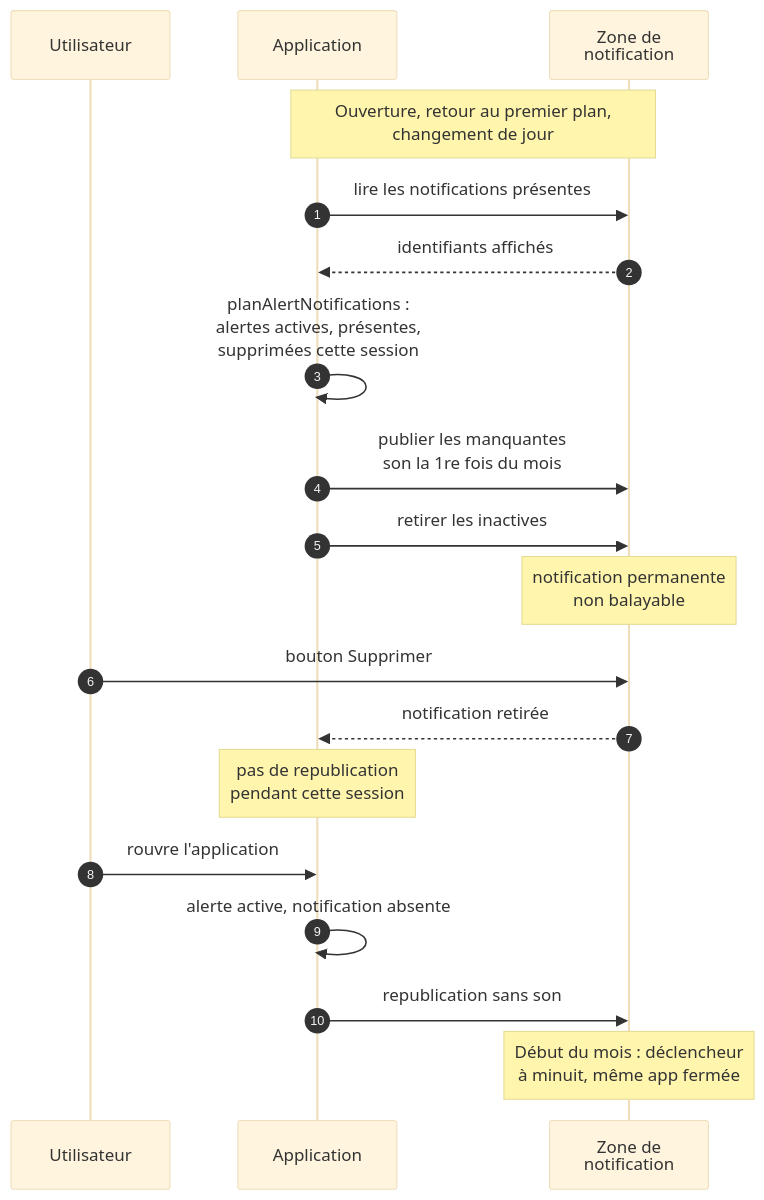
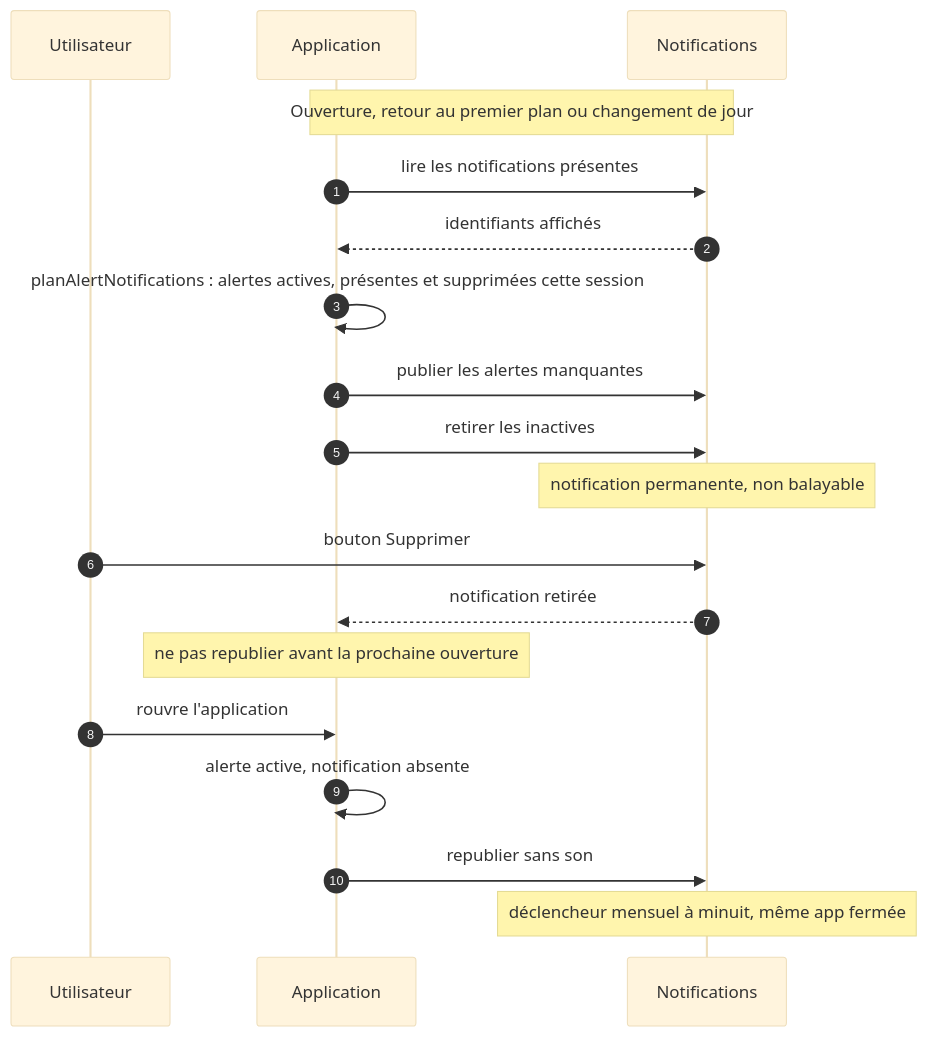
Before and after one commit to OrientAbbey/kwa-watt-eneo-manager: the diagram in docs/diagrams/notifications.mmd, drawn with Mermaid (base theme). The commit also changed 1 other file, not shown here.

Commit message:
docs: fix GitHub notification diagram rendering

```diff
--- a/docs/diagrams/notifications.mmd
+++ b/docs/diagrams/notifications.mmd
@@ -1,20 +1,20 @@
 sequenceDiagram
   autonumber
   participant U as Utilisateur
   participant A as Application
-  participant N as Zone de<br/>notification
+  participant N as Notifications
 
-  Note over A,N: Ouverture, retour au premier plan,<br/>changement de jour
+  Note over A,N: Ouverture, retour au premier plan ou changement de jour
   A->>N: lire les notifications présentes
   N-->>A: identifiants affichés
-  A->>A: planAlertNotifications :<br/>alertes actives, présentes,<br/>supprimées cette session
-  A->>N: publier les manquantes<br/>son la 1re fois du mois
+  A->>A: planAlertNotifications : alertes actives, présentes et supprimées cette session
+  A->>N: publier les alertes manquantes
   A->>N: retirer les inactives
-  Note over N: notification permanente<br/>non balayable
+  Note over N: notification permanente, non balayable
   U->>N: bouton Supprimer
   N-->>A: notification retirée
-  Note over A: pas de republication<br/>pendant cette session
+  Note over A: ne pas republier avant la prochaine ouverture
   U->>A: rouvre l'application
   A->>A: alerte active, notification absente
-  A->>N: republication sans son
-  Note over N: Début du mois : déclencheur<br/>à minuit, même app fermée
+  A->>N: republier sans son
+  Note over N: déclencheur mensuel à minuit, même app fermée
```
